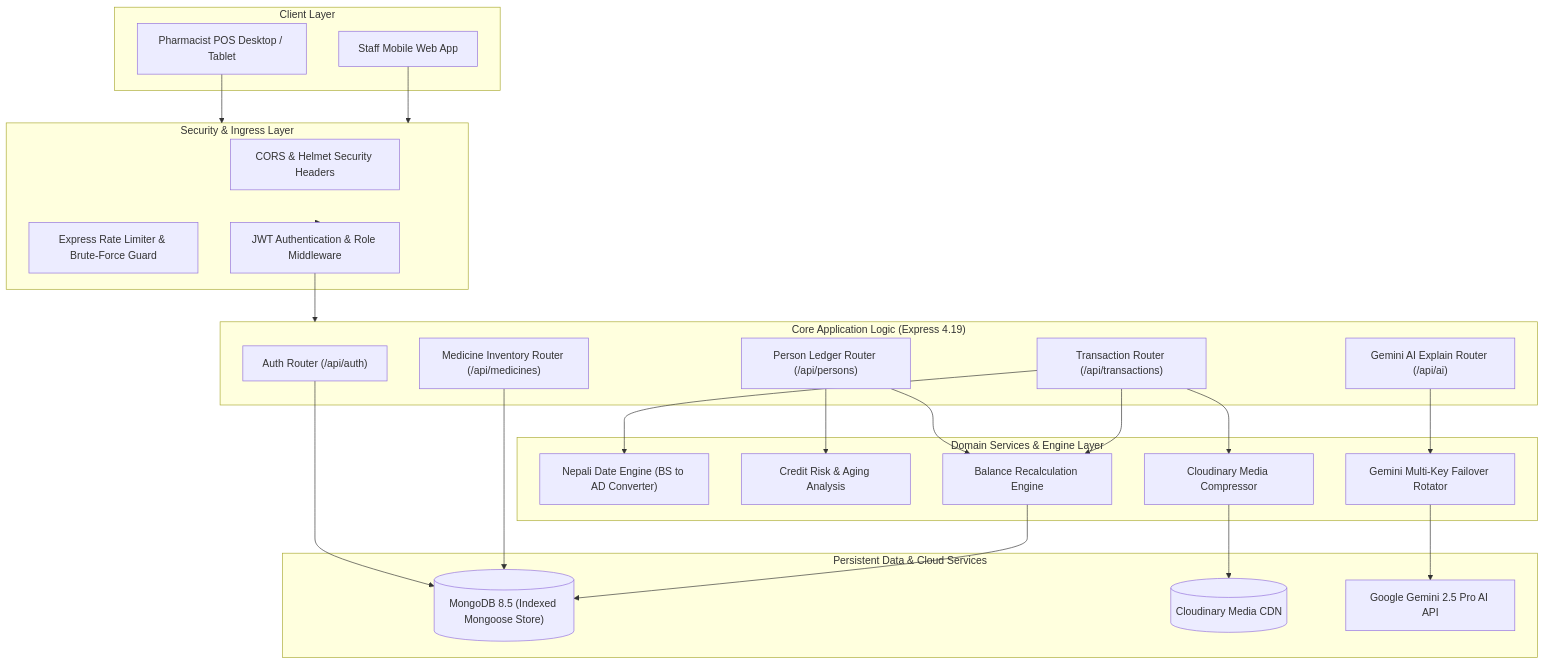
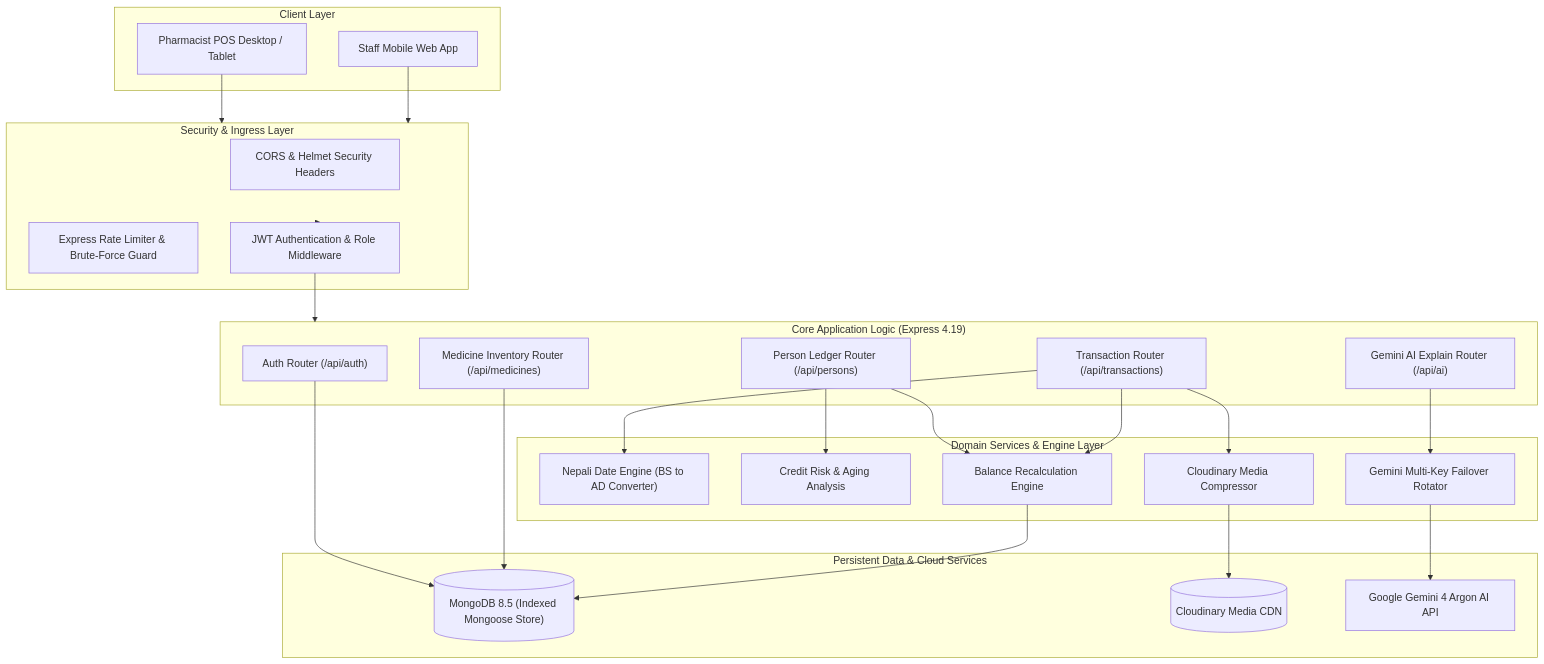
Before and after one commit to dhrub4545/sonisurgical-backend: the first of 2 diagrams in README.md, drawn with Mermaid. The commit also changed other lines of this file, not shown here.

Commit message:
feat(ai): upgrade to latest Google frontier models (Gemini 4 Argon & Gemini 3.8 Flash)

````diff
--- a/README.md
+++ b/README.md
@@ -42,53 +42,53 @@
 ```mermaid
 flowchart TD
     subgraph Clients["Client Layer"]
         POS["Pharmacist POS Desktop / Tablet"]
         Mobile["Staff Mobile Web App"]
     end
 
     subgraph Gateway["Security & Ingress Layer"]
         CORS["CORS & Helmet Security Headers"]
         Limiter["Express Rate Limiter & Brute-Force Guard"]
         JWTAuth["JWT Authentication & Role Middleware"]
     end
 
     subgraph Core["Core Application Logic (Express 4.19)"]
         AuthRouter["Auth Router (/api/auth)"]
         PersonRouter["Person Ledger Router (/api/persons)"]
         TxRouter["Transaction Router (/api/transactions)"]
         MedRouter["Medicine Inventory Router (/api/medicines)"]
         AIRouter["Gemini AI Explain Router (/api/ai)"]
     end
 
     subgraph Services["Domain Services & Engine Layer"]
         BSConvert["Nepali Date Engine (BS to AD Converter)"]
         RiskEngine["Credit Risk & Aging Analysis"]
         LedgerService["Balance Recalculation Engine"]
         KeyRotator["Gemini Multi-Key Failover Rotator"]
         CloudinaryService["Cloudinary Media Compressor"]
     end
 
     subgraph Storage["Persistent Data & Cloud Services"]
         MongoDB[("MongoDB 8.5 (Indexed Mongoose Store)")]
         Cloudinary[("Cloudinary Media CDN")]
-        GeminiAPI["Google Gemini 2.5 Pro AI API"]
+        GeminiAPI["Google Gemini 4 Argon AI API"]
     end
 
     POS --> Gateway
     Mobile --> Gateway
     Gateway --> JWTAuth
     JWTAuth --> Core
 
     AuthRouter --> MongoDB
     PersonRouter --> LedgerService
     PersonRouter --> RiskEngine
     TxRouter --> BSConvert
     TxRouter --> CloudinaryService
     TxRouter --> LedgerService
     MedRouter --> MongoDB
     AIRouter --> KeyRotator
 
     LedgerService --> MongoDB
     CloudinaryService --> Cloudinary
     KeyRotator --> GeminiAPI
 ```
````
